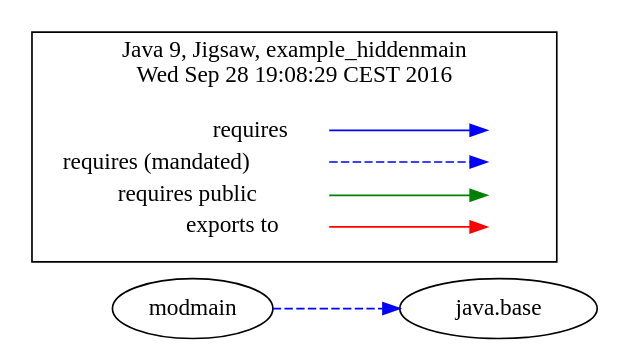
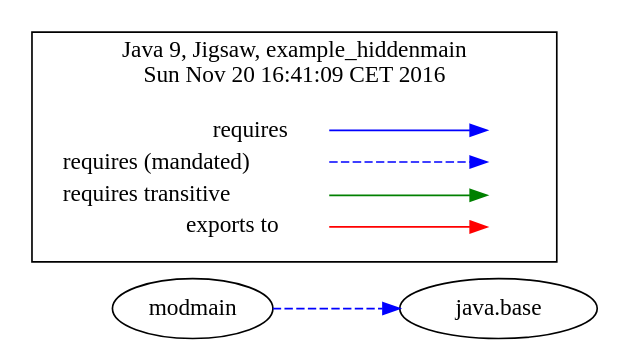
One commit to accso/java9-jigsaw-examples changed the diagram in jigsaw-examples/example_hiddenmain/moduledependencies-withlegend.dot. Above: the diagram before and after it, drawn with Graphviz. The commit also changed 84 other files, not shown here.

```diff
--- a/jigsaw-examples/example_hiddenmain/moduledependencies-withlegend.dot
+++ b/jigsaw-examples/example_hiddenmain/moduledependencies-withlegend.dot
@@ -1,29 +1,29 @@
-# Created by depvis.JigsawDepVisualizer on Wed Sep 28 19:08:29 CEST 2016
+# Created by depvis.JigsawDepVisualizer on Sun Nov 20 16:41:09 CET 2016
 digraph Java9_Dependency_Visualizer {
 modmain[fontname="Consolas",shape="ellipse",label="modmain"];
 java_base[fontname="Consolas",shape="ellipse",label="java.base"];
 modmain -> java_base[color="#0000ff",fontname="Consolas",fontcolor="#0000ff",style="dashed",weight="16"]
 rankdir=LR
 node [shape=plaintext]
 subgraph cluster_01 { 
   label = "Java 9, Jigsaw, example_hiddenmain
-Wed Sep 28 19:08:29 CEST 2016"
+Sun Nov 20 16:41:09 CET 2016"
   fontname="Consolas"
   key [label=<<table border="0" cellpadding="2" cellspacing="0" cellborder="0">
     <tr><td align="right" port="i1">requires</td></tr>
     <tr><td align="right" port="i2">requires (mandated)</td></tr>
-    <tr><td align="right" port="i3">requires public</td></tr>
+    <tr><td align="right" port="i3">requires transitive</td></tr>
     <tr><td align="right" port="i4">exports to</td></tr>
     </table>>,fontname="Consolas"]
   key2 [label=<<table border="0" cellpadding="2" cellspacing="0" cellborder="0">
     <tr><td port="i1">&nbsp;</td></tr>
     <tr><td port="i2">&nbsp;</td></tr>
     <tr><td port="i3">&nbsp;</td></tr>
     <tr><td port="i4">&nbsp;</td></tr>
     </table>>,fontname="Consolas"]
   key:i1:e -> key2:i1:w [color=BLUE]
   key:i2:e -> key2:i2:w [color=BLUE, style=dashed]
   key:i3:e -> key2:i3:w [color=GREEN]
   key:i4:e -> key2:i4:w [color=RED]
 }
 }
```
